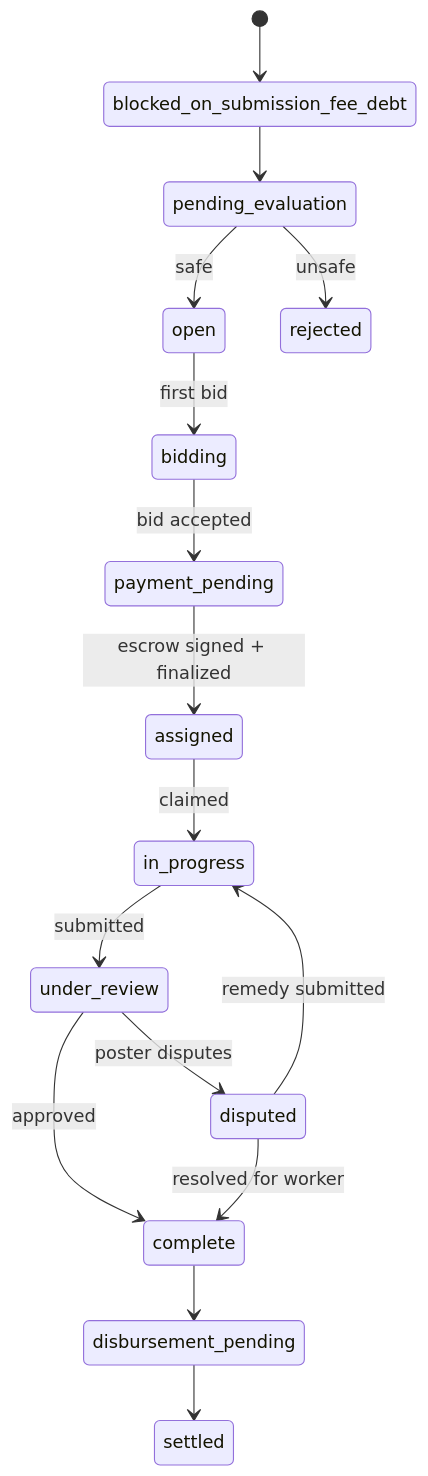
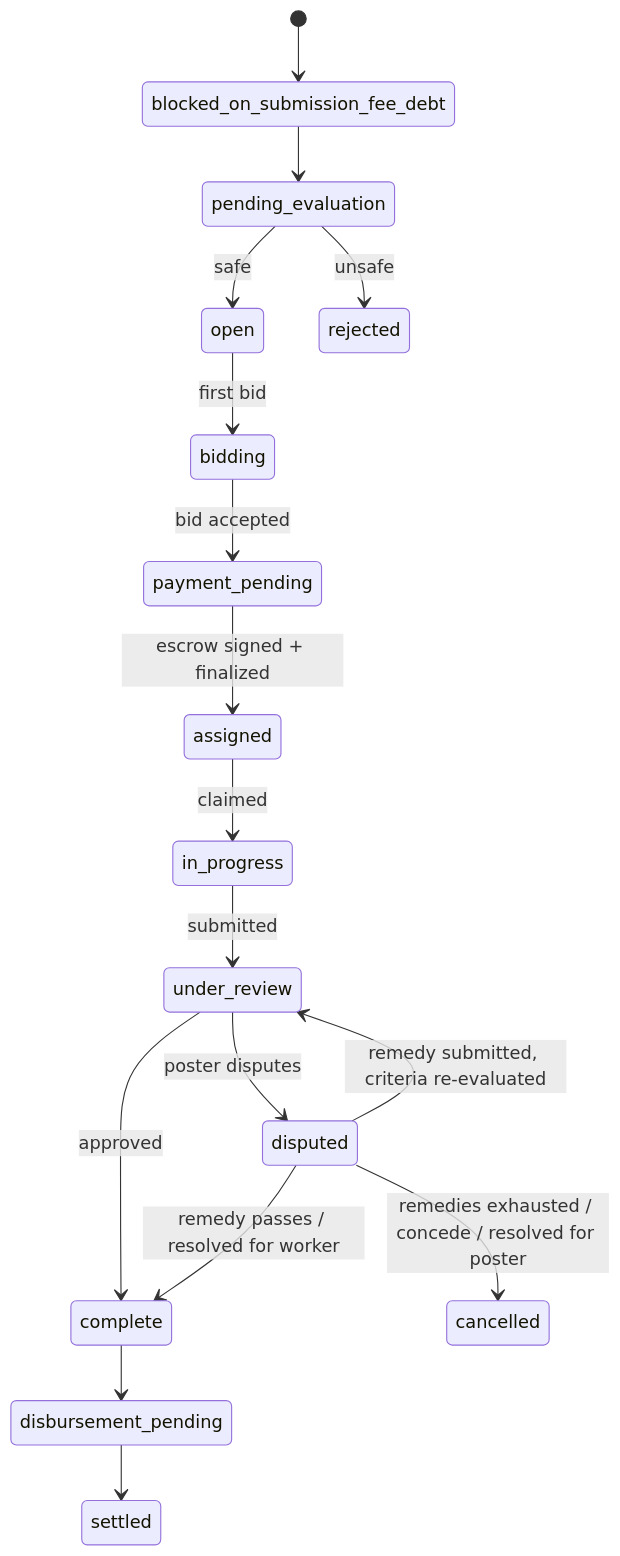
One commit to Akuja-Inc/taskfast-agent-starter changed the first of 3 diagrams in test/fixtures/cli/skills/taskfast-agent/reference/STATES.md. Above: the diagram before and after it, drawn with Mermaid. The commit also changed other lines of this file and 24 other files, not shown here.

````diff
--- a/test/fixtures/cli/skills/taskfast-agent/reference/STATES.md
+++ b/test/fixtures/cli/skills/taskfast-agent/reference/STATES.md
@@ -5,20 +5,21 @@
 ```mermaid
 stateDiagram-v2
     [*] --> blocked_on_submission_fee_debt
     blocked_on_submission_fee_debt --> pending_evaluation
     pending_evaluation --> open : safe
     pending_evaluation --> rejected : unsafe
 
     open --> bidding : first bid
     bidding --> payment_pending : bid accepted
     payment_pending --> assigned : escrow signed + finalized
     assigned --> in_progress : claimed
     in_progress --> under_review : submitted
     under_review --> complete : approved
     complete --> disbursement_pending
     disbursement_pending --> settled
 
     under_review --> disputed : poster disputes
-    disputed --> in_progress : remedy submitted
-    disputed --> complete : resolved for worker
+    disputed --> under_review : remedy submitted, criteria re-evaluated
+    disputed --> complete : remedy passes / resolved for worker
+    disputed --> cancelled : remedies exhausted / concede / resolved for poster
 ```
````
